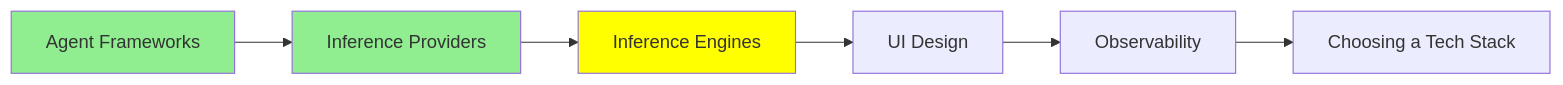
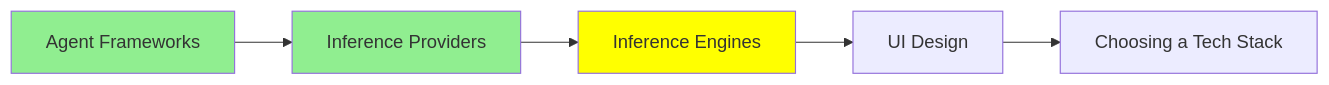
Before and after one commit to lokumai/ai-engineering-bazaar: the second of 2 diagrams in mini-courses/4_ecosystem/inference_engines.md, drawn with Mermaid. The commit also changed 99 other files, not shown here.

````diff
--- a/mini-courses/4_ecosystem/inference_engines.md
+++ b/mini-courses/4_ecosystem/inference_engines.md
@@ -63,11 +63,10 @@
 ```mermaid
 graph LR
     A[Agent Frameworks] --> B[Inference Providers]
     B --> C[Inference Engines]
     C --> D[UI Design]
-    D --> E[Observability]
-    E --> F[Choosing a Tech Stack]
+    D --> E[Choosing a Tech Stack]
     style A fill:#90EE90
     style B fill:#90EE90
     style C fill:#FFFF00
 ```
````
